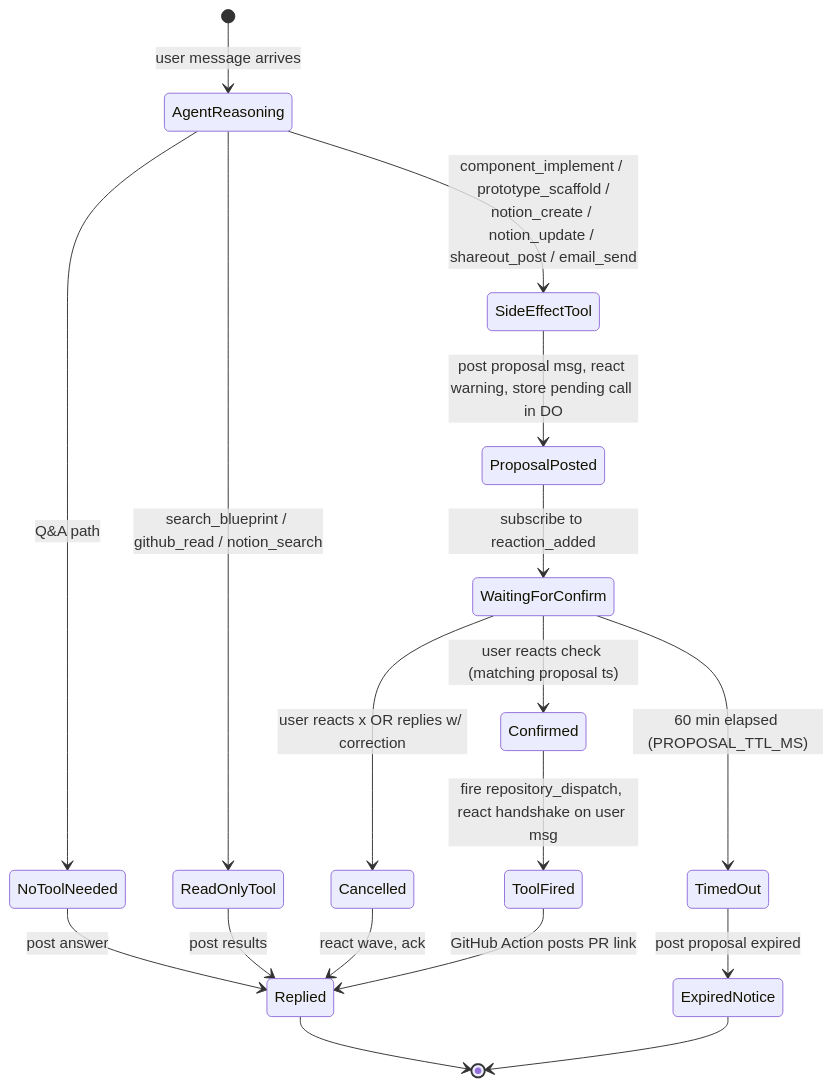
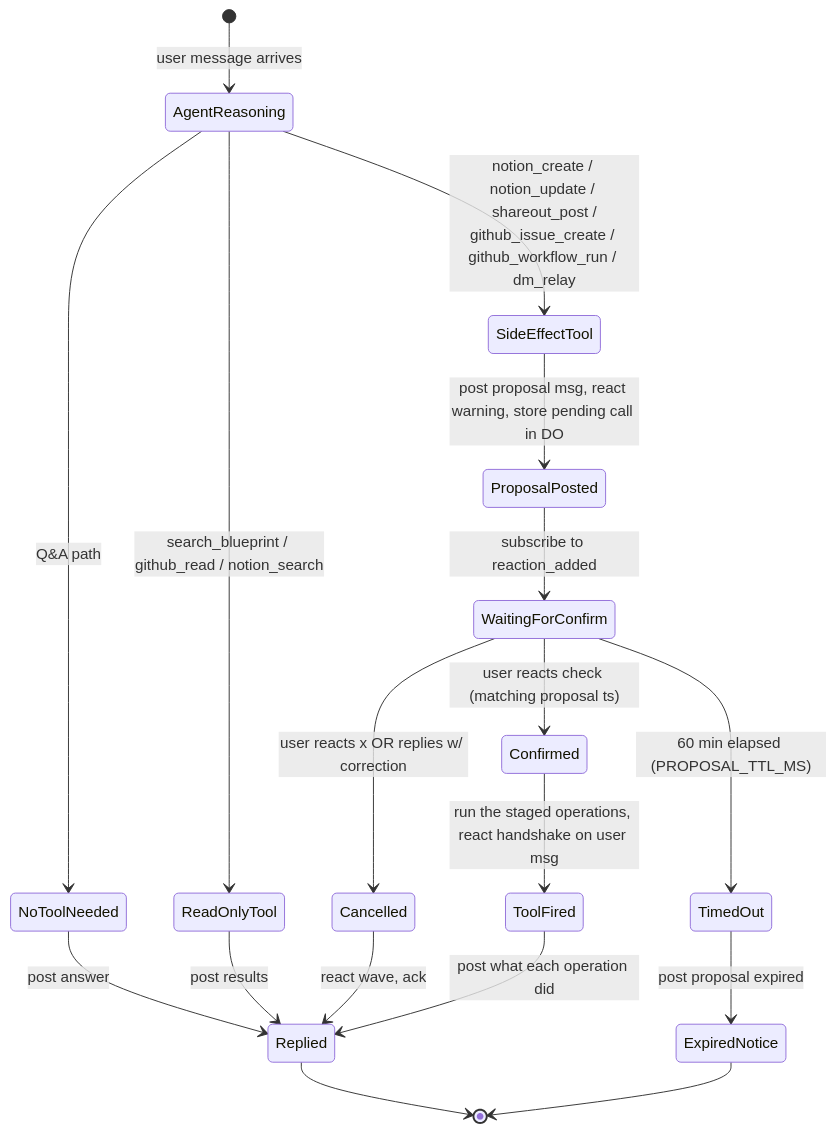
Before and after one commit to BilLogic/plus-uno: the third of 3 diagrams in docs/product-and-service/uno-bot-flowcharts/uno-bot-v2-flowcharts.md, drawn with Mermaid. The commit also changed other lines of this file and 3 other files, not shown here.

````diff
--- a/docs/product-and-service/uno-bot-flowcharts/uno-bot-v2-flowcharts.md
+++ b/docs/product-and-service/uno-bot-flowcharts/uno-bot-v2-flowcharts.md
@@ -195,25 +142,25 @@
 ```mermaid
 stateDiagram-v2
   [*] --> AgentReasoning: user message arrives
   AgentReasoning --> NoToolNeeded: Q&A path
   AgentReasoning --> ReadOnlyTool: search_blueprint / github_read / notion_search
-  AgentReasoning --> SideEffectTool: component_implement / prototype_scaffold /<br/>notion_create / notion_update / shareout_post / email_send
+  AgentReasoning --> SideEffectTool: notion_create / notion_update / shareout_post /<br/>github_issue_create / github_workflow_run / dm_relay
 
   NoToolNeeded --> Replied: post answer
   ReadOnlyTool --> Replied: post results
 
   SideEffectTool --> ProposalPosted: post proposal msg, react warning, store pending call in DO
   ProposalPosted --> WaitingForConfirm: subscribe to reaction_added
 
   WaitingForConfirm --> Confirmed: user reacts check (matching proposal ts)
   WaitingForConfirm --> Cancelled: user reacts x OR replies w/ correction
   WaitingForConfirm --> TimedOut: 60 min elapsed (PROPOSAL_TTL_MS)
 
-  Confirmed --> ToolFired: fire repository_dispatch, react handshake on user msg
+  Confirmed --> ToolFired: run the staged operations, react handshake on user msg
   Cancelled --> Replied: react wave, ack
   TimedOut --> ExpiredNotice: post proposal expired
 
-  ToolFired --> Replied: GitHub Action posts PR link
+  ToolFired --> Replied: post what each operation did
   Replied --> [*]
   ExpiredNotice --> [*]
 ```
````
